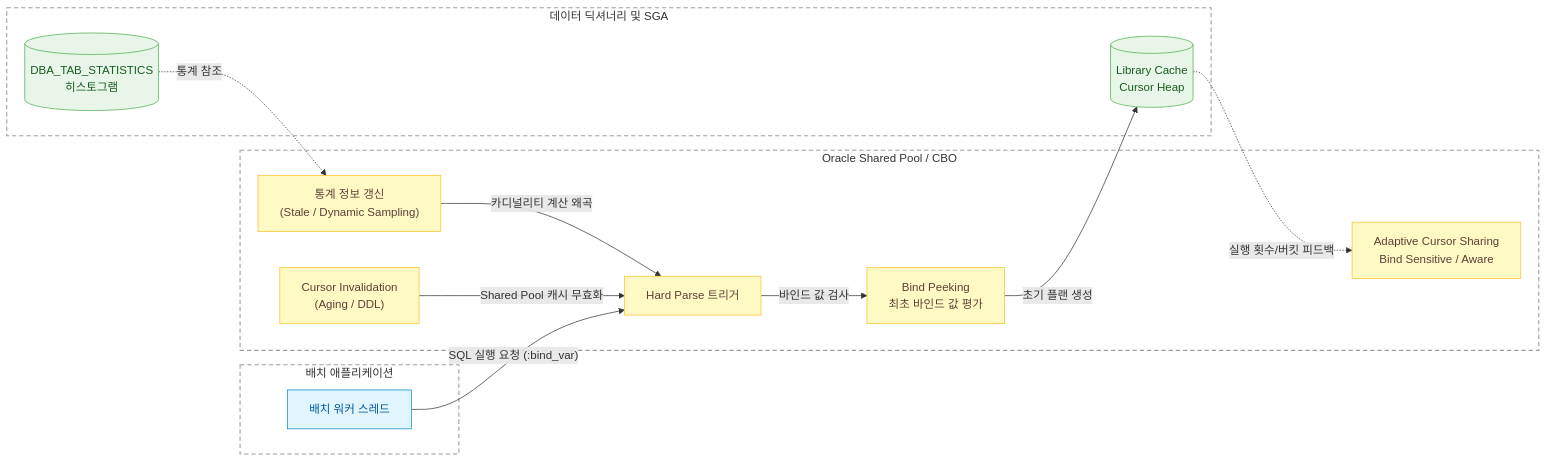
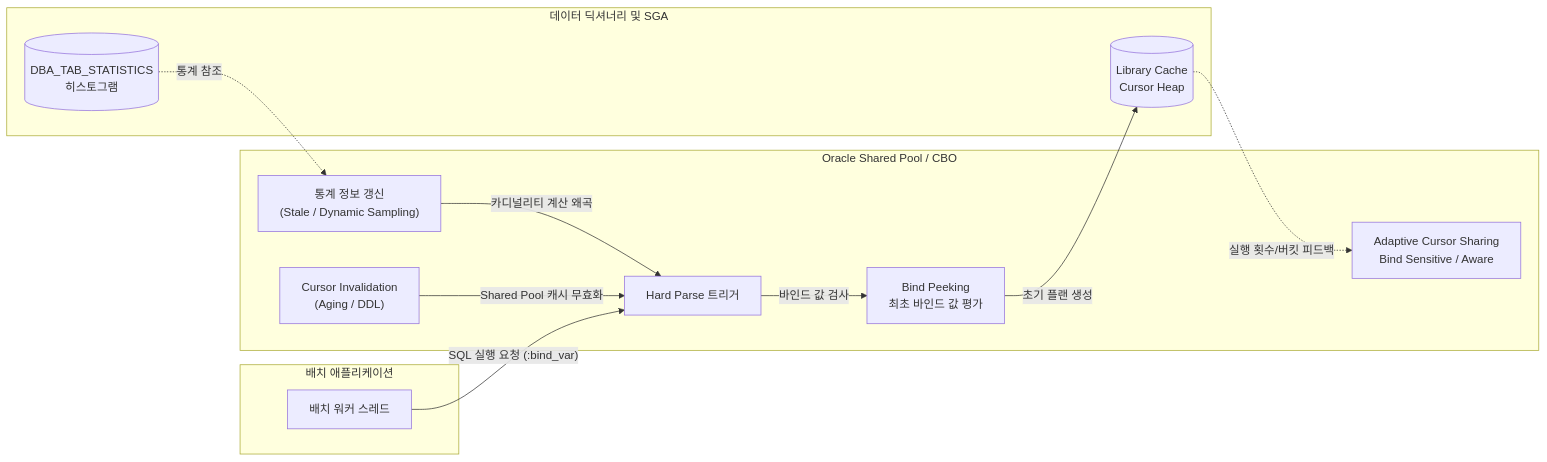
One commit to djpibo/djpibo.github.io changed the first of 5 diagrams in docs/dbms/oracle/batch-execution-plan-instability-spm-tuning.md. Above: the diagram before and after it, drawn with Mermaid. The commit also changed other lines of this file and 8 other files, not shown here.

Commit message:
style(mermaid): unify all diagrams to monochrome and remove colored rect boxes

````diff
--- a/docs/dbms/oracle/batch-execution-plan-instability-spm-tuning.md
+++ b/docs/dbms/oracle/batch-execution-plan-instability-spm-tuning.md
@@ -35,36 +35,28 @@
 ```mermaid
 flowchart LR
-    classDef storage fill:#E8F5E9,stroke:#4CAF50,color:#1B5E20;
-    classDef processor fill:#FFF9C4,stroke:#FBC02D,color:#5D4037;
-    classDef client fill:#E1F5FE,stroke:#0288D1,color:#01579B;
-    classDef entity fill:#FFFFFF,stroke:#424242,color:#212121;
 
     subgraph ClientLayer["배치 애플리케이션"]
-        APP["배치 워커 스레드"]:::client
+        APP["배치 워커 스레드"]
     end
 
     subgraph SharedPool["Oracle Shared Pool / CBO"]
-        HP["Hard Parse 트리거"]:::processor
-        BP["Bind Peeking<br/>최초 바인드 값 평가"]:::processor
-        ACS["Adaptive Cursor Sharing<br/>Bind Sensitive / Aware"]:::processor
-        STAT["통계 정보 갱신<br/>(Stale / Dynamic Sampling)"]:::processor
-        INV["Cursor Invalidation<br/>(Aging / DDL)"]:::processor
+        HP["Hard Parse 트리거"]
+        BP["Bind Peeking<br/>최초 바인드 값 평가"]
+        ACS["Adaptive Cursor Sharing<br/>Bind Sensitive / Aware"]
+        STAT["통계 정보 갱신<br/>(Stale / Dynamic Sampling)"]
+        INV["Cursor Invalidation<br/>(Aging / DDL)"]
     end
 
     subgraph StorageLayer["데이터 딕셔너리 및 SGA"]
-        DICT[("DBA_TAB_STATISTICS<br/>히스토그램")]:::storage
-        CACHE[("Library Cache<br/>Cursor Heap")]:::storage
+        DICT[("DBA_TAB_STATISTICS<br/>히스토그램")]
+        CACHE[("Library Cache<br/>Cursor Heap")]
     end
 
     APP -->|"SQL 실행 요청 (:bind_var)"| HP
     INV -->|"Shared Pool 캐시 무효화"| HP
     STAT -->|"카디널리티 계산 왜곡"| HP
     DICT -.->|"통계 참조"| STAT
     HP -->|"바인드 값 검사"| BP
     BP -->|"초기 플랜 생성"| CACHE
     CACHE -.->|"실행 횟수/버킷 피드백"| ACS
-
-    style ClientLayer fill:none,stroke:#9E9E9E,stroke-width:1.5px,stroke-dasharray:6 4;
-    style SharedPool fill:none,stroke:#9E9E9E,stroke-width:1.5px,stroke-dasharray:6 4;
-    style StorageLayer fill:none,stroke:#9E9E9E,stroke-width:1.5px,stroke-dasharray:6 4;
 ```
````
